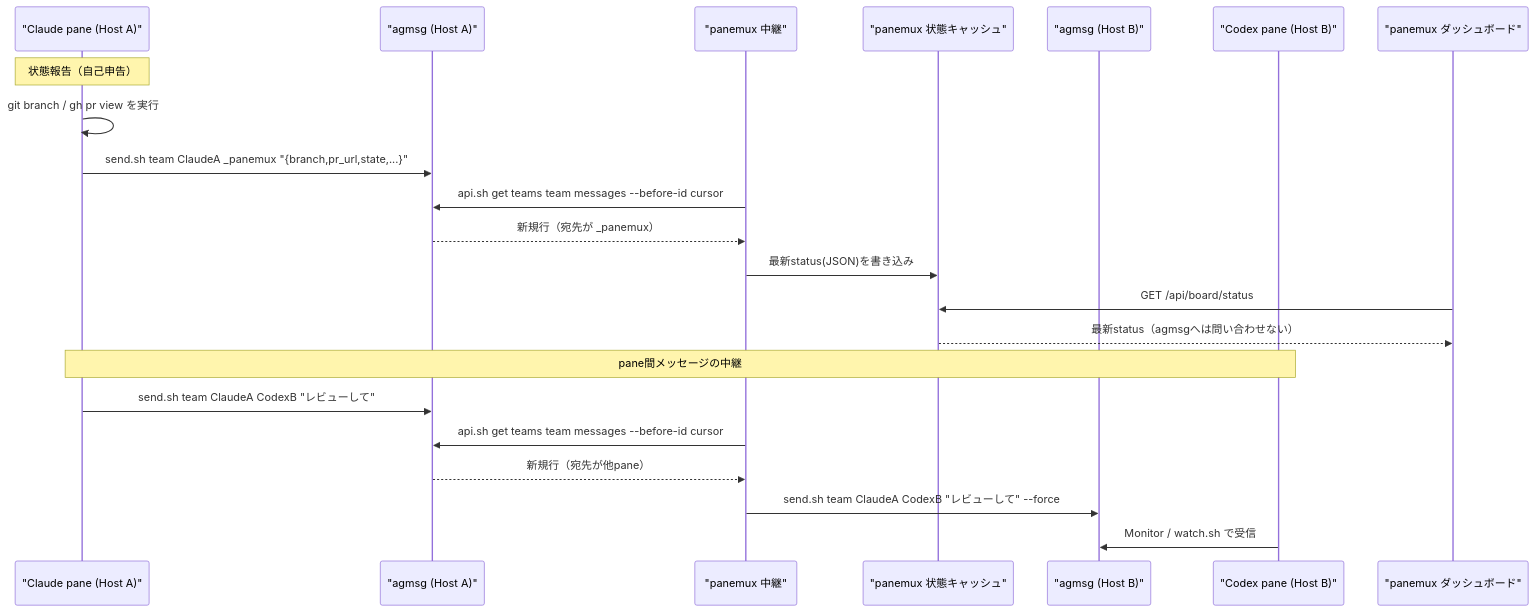
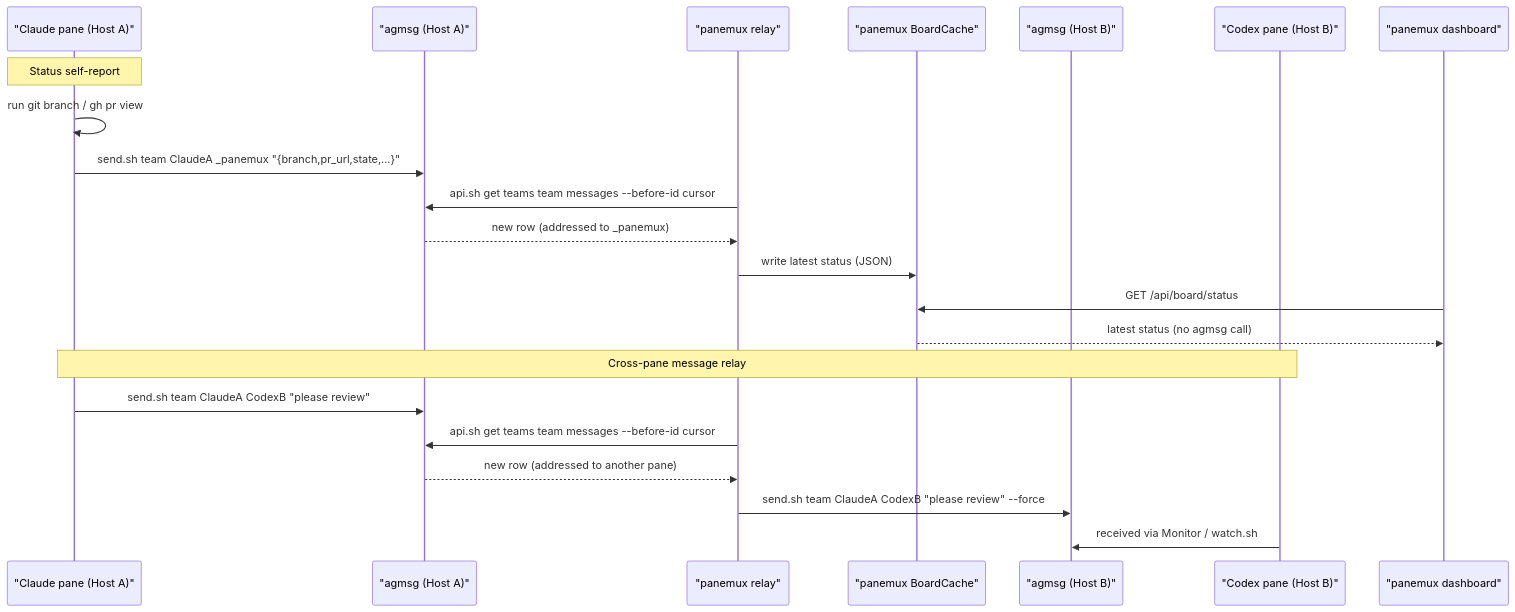
The third of 4 diagrams in docs/agent-board.md (tomo-chan/panemux), drawn with Mermaid before and after one commit. The commit also changed other lines of this file, not shown here.

First line of the commit message:
docs: translate diagram labels to English, add system overview diagram

````diff
--- a/docs/agent-board.md
+++ b/docs/agent-board.md
@@ -246,26 +289,26 @@
 ```mermaid
 sequenceDiagram
     participant ClaudeA as "Claude pane (Host A)"
     participant AgmsgA as "agmsg (Host A)"
-    participant Relay as "panemux 中継"
-    participant Cache as "panemux 状態キャッシュ"
+    participant Relay as "panemux relay"
+    participant Cache as "panemux BoardCache"
     participant AgmsgB as "agmsg (Host B)"
     participant CodexB as "Codex pane (Host B)"
-    participant Dash as "panemux ダッシュボード"
+    participant Dash as "panemux dashboard"
 
-    Note over ClaudeA: 状態報告（自己申告）
-    ClaudeA->>ClaudeA: git branch / gh pr view を実行
+    Note over ClaudeA: Status self-report
+    ClaudeA->>ClaudeA: run git branch / gh pr view
     ClaudeA->>AgmsgA: send.sh team ClaudeA _panemux "{branch,pr_url,state,...}"
     Relay->>AgmsgA: api.sh get teams team messages --before-id cursor
-    AgmsgA-->>Relay: 新規行（宛先が _panemux）
-    Relay->>Cache: 最新status(JSON)を書き込み
+    AgmsgA-->>Relay: new row (addressed to _panemux)
+    Relay->>Cache: write latest status (JSON)
     Dash->>Cache: GET /api/board/status
-    Cache-->>Dash: 最新status（agmsgへは問い合わせない）
+    Cache-->>Dash: latest status (no agmsg call)
 
-    Note over ClaudeA,CodexB: pane間メッセージの中継
-    ClaudeA->>AgmsgA: send.sh team ClaudeA CodexB "レビューして"
+    Note over ClaudeA,CodexB: Cross-pane message relay
+    ClaudeA->>AgmsgA: send.sh team ClaudeA CodexB "please review"
     Relay->>AgmsgA: api.sh get teams team messages --before-id cursor
-    AgmsgA-->>Relay: 新規行（宛先が他pane）
-    Relay->>AgmsgB: send.sh team ClaudeA CodexB "レビューして" --force
-    CodexB->>AgmsgB: Monitor / watch.sh で受信
+    AgmsgA-->>Relay: new row (addressed to another pane)
+    Relay->>AgmsgB: send.sh team ClaudeA CodexB "please review" --force
+    CodexB->>AgmsgB: received via Monitor / watch.sh
 ```
````
